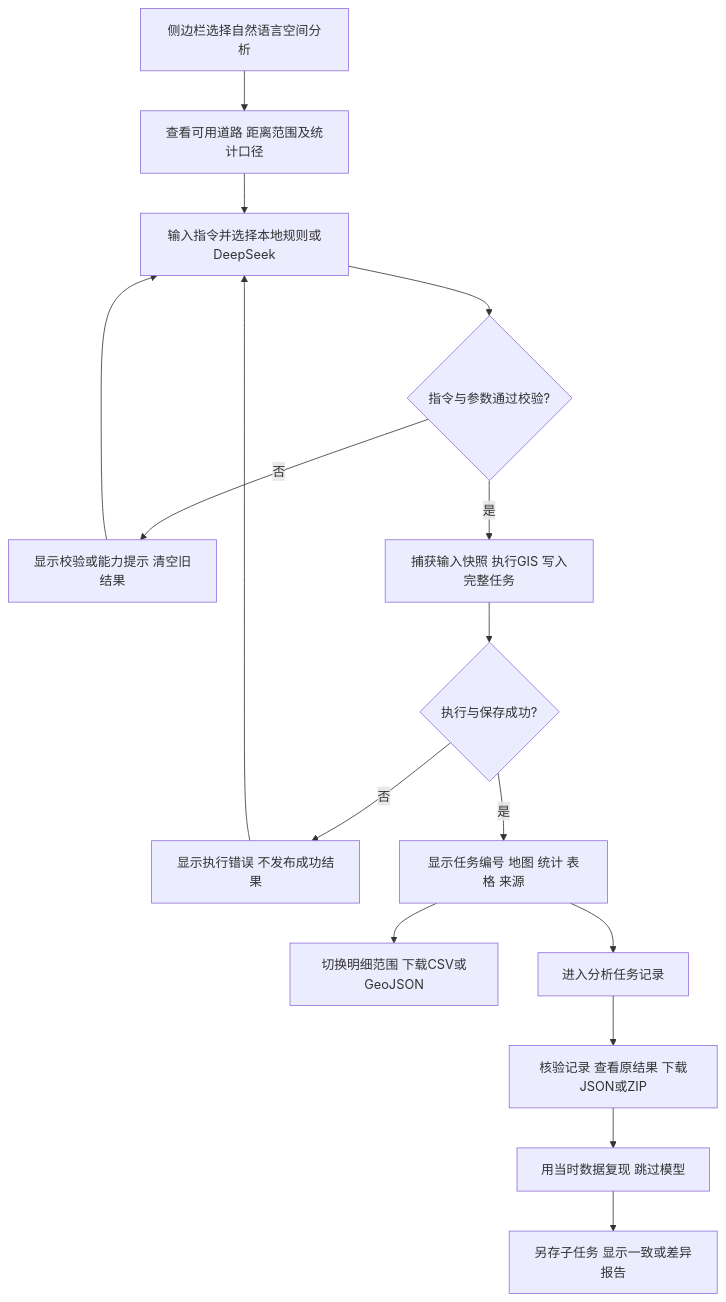
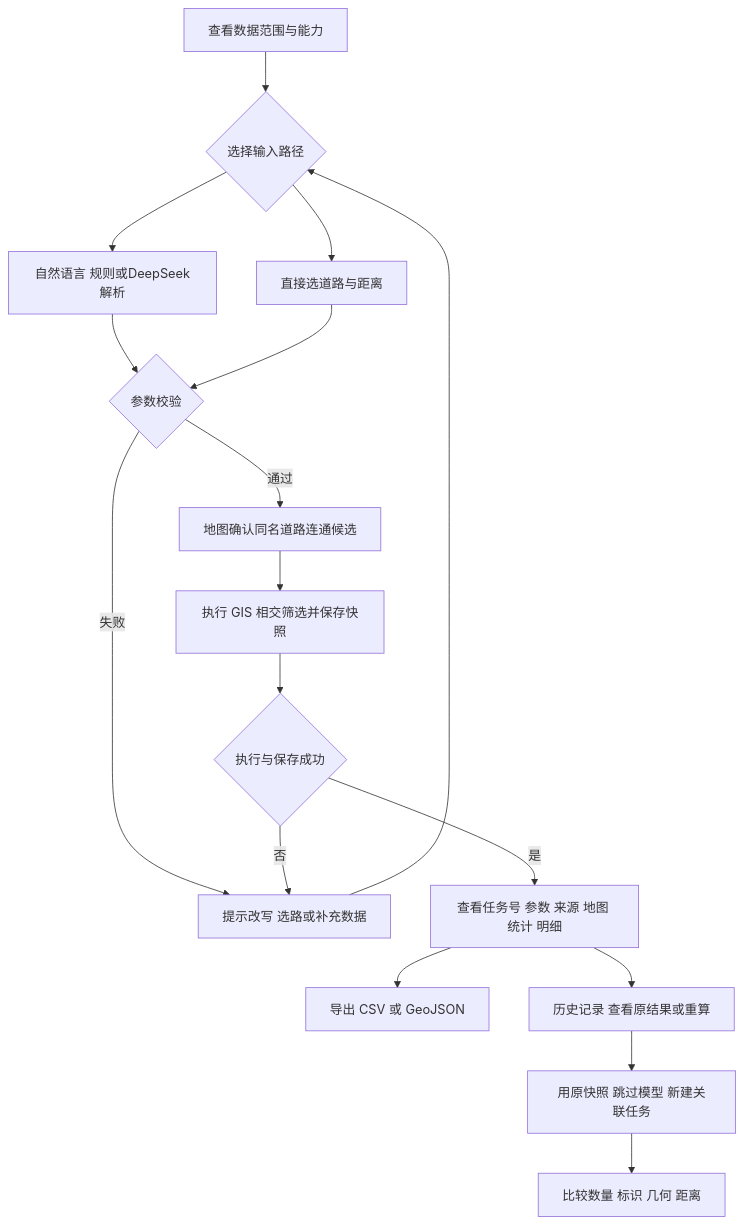
The diagram in 01_Product/UserFlow.md (forpc521-ui/GeoAI-Assistant), drawn with Mermaid before and after one commit. The commit also changed other lines of this file and 19 other files, not shown here.

````diff
--- a/01_Product/UserFlow.md
+++ b/01_Product/UserFlow.md
@@ -3,18 +5,19 @@
 ```mermaid
 flowchart TD
- A[侧边栏选择自然语言空间分析] --> B[查看可用道路 距离范围及统计口径]
- B --> C[输入指令并选择本地规则或DeepSeek]
- C --> D{指令与参数通过校验?}
- D -- 否 --> E[显示校验或能力提示 清空旧结果]
- E --> C
- D -- 是 --> F[捕获输入快照 执行GIS 写入完整任务]
- F --> G{执行与保存成功?}
- G -- 否 --> H[显示执行错误 不发布成功结果]
- H --> C
- G -- 是 --> I[显示任务编号 地图 统计 表格 来源]
- I --> J[切换明细范围 下载CSV或GeoJSON]
- I --> K[进入分析任务记录]
- K --> L[核验记录 查看原结果 下载JSON或ZIP]
- L --> M[用当时数据复现 跳过模型]
- M --> N[另存子任务 显示一致或差异报告]
+ A[查看数据范围与能力] --> B{选择输入路径}
+ B --> C[自然语言 规则或DeepSeek解析]
+ B --> D[直接选道路与距离]
+ C --> E{参数校验}
+ D --> E
+ E -- 失败 --> F[提示改写 选路或补充数据]
+ F --> B
+ E -- 通过 --> G[地图确认同名道路连通候选]
+ G --> H[执行 GIS 相交筛选并保存快照]
+ H --> I{执行与保存成功}
+ I -- 否 --> F
+ I -- 是 --> J[查看任务号 参数 来源 地图 统计 明细]
+ J --> K[导出 CSV 或 GeoJSON]
+ J --> L[历史记录 查看原结果或重算]
+ L --> M[用原快照 跳过模型 新建关联任务]
+ M --> N[比较数量 标识 几何 距离]
 ```
````
